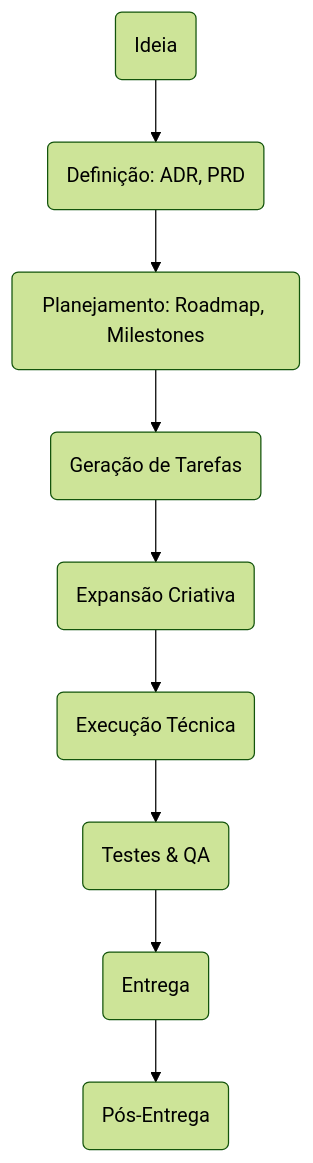
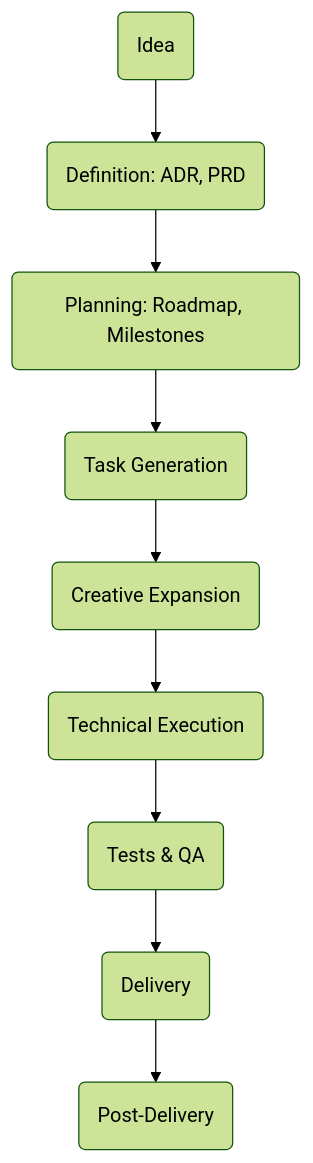
Before and after one commit to ekson73/kosmologogenesis: the second of 2 diagrams in docs/roo-taskmaster-integration-plan.md, drawn with Mermaid (forest theme). The commit also changed other lines of this file, not shown here.

````diff
--- a/docs/roo-taskmaster-integration-plan.md
+++ b/docs/roo-taskmaster-integration-plan.md
@@ -197,13 +197,13 @@
 ```mermaid
 flowchart TD
-    A(Ideia)
-    B(Definição: ADR, PRD)
-    C(Planejamento: Roadmap, Milestones)
-    D(Geração de Tarefas)
-    E(Expansão Criativa)
-    F(Execução Técnica)
-    G(Testes & QA)
-    H(Entrega)
-    I(Pós-Entrega)
+    A(Idea)
+    B(Definition: ADR, PRD)
+    C(Planning: Roadmap, Milestones)
+    D(Task Generation)
+    E(Creative Expansion)
+    F(Technical Execution)
+    G(Tests & QA)
+    H(Delivery)
+    I(Post-Delivery)
     A --> B --> C --> D --> E --> F --> G --> H --> I
 ```
````
